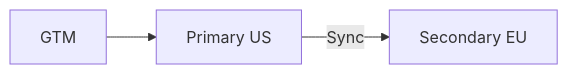
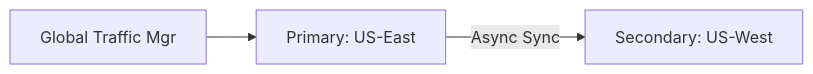
Before and after one commit to Devopstrio/hybrid-landingzone: the tenth of 30 diagrams in README.md, drawn with Mermaid. The commit also changed other lines of this file, not shown here.

Commit message:
docs: finalize premium institutional-grade README with 30+ diagrams and executive summary

````diff
--- a/README.md
+++ b/README.md
@@ -108,5 +161,5 @@
 ```mermaid
 graph LR
-    P[Primary US] -->|Sync| S[Secondary EU]
-    LB[GTM] --> P
+    P[Primary: US-East] -->|Async Sync| S[Secondary: US-West]
+    LB[Global Traffic Mgr] --> P
 ```
````
